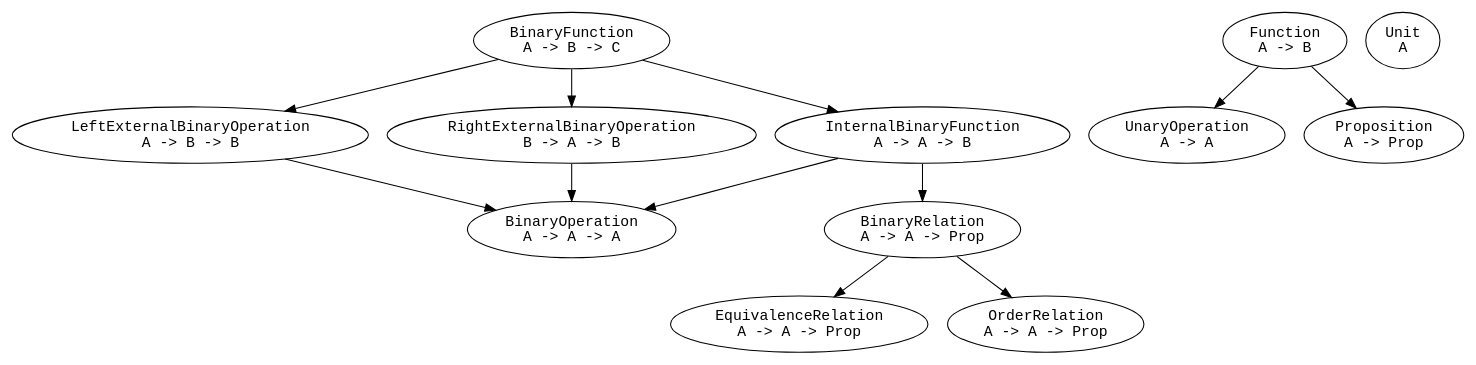
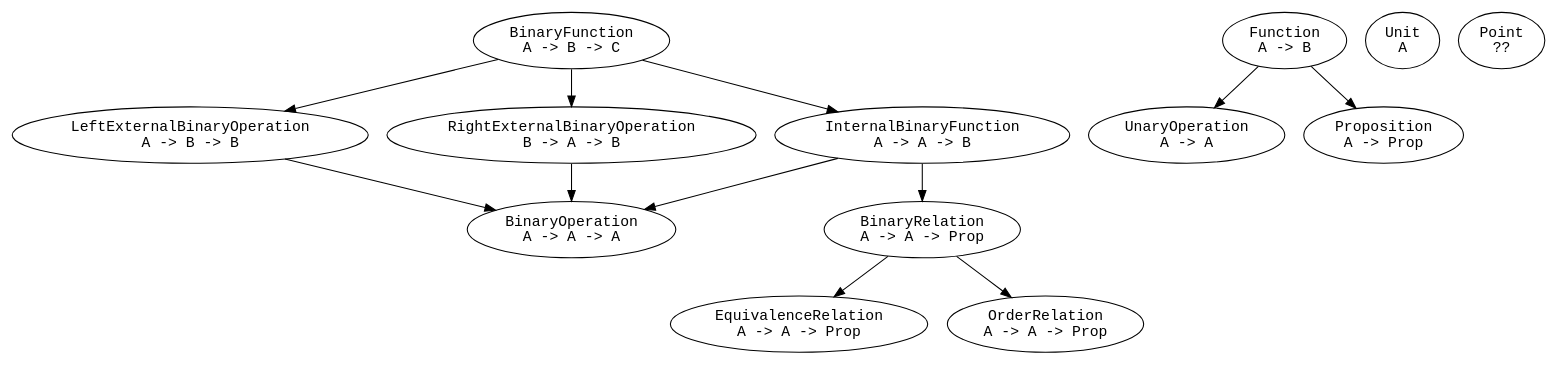
The diagram in prototype/theories/has.dot (Tuplanolla/dez), drawn with Graphviz before and after one commit. The commit also changed 41 other files, not shown here.

```diff
--- a/prototype/theories/has.dot
+++ b/prototype/theories/has.dot
@@ -1,32 +1,33 @@
 digraph Has {
   // Operational class hierarchy without internal homs.
 
   node [fontname = monospace]
 
   BinFn [label = "BinaryFunction\nA -> B -> C"]
   BinOp [label = "BinaryOperation\nA -> A -> A"]
   BinRel [label = "BinaryRelation\nA -> A -> Prop"]
   UnOp [label = "UnaryOperation\nA -> A"]
   EqRel [label = "EquivalenceRelation\nA -> A -> Prop"]
   Fn [label = "Function\nA -> B"]
   IntBinFn [label = "InternalBinaryFunction\nA -> A -> B"]
   LExtBinOp [label = "LeftExternalBinaryOperation\nA -> B -> B"]
   OrdRel [label = "OrderRelation\nA -> A -> Prop"]
   Prop [label = "Proposition\nA -> Prop"]
   RExtBinOp [label = "RightExternalBinaryOperation\nB -> A -> B"]
   Un [label = "Unit\nA"]
+  Pt [label = "Point\n??"]
 
   Fn -> Prop
   Fn -> UnOp
 
   BinFn -> LExtBinOp
   BinFn -> RExtBinOp
   BinFn -> IntBinFn
   LExtBinOp -> BinOp
   RExtBinOp -> BinOp
   IntBinFn -> BinOp
   IntBinFn -> BinRel
 
   BinRel -> EqRel
   BinRel -> OrdRel
 }
```
